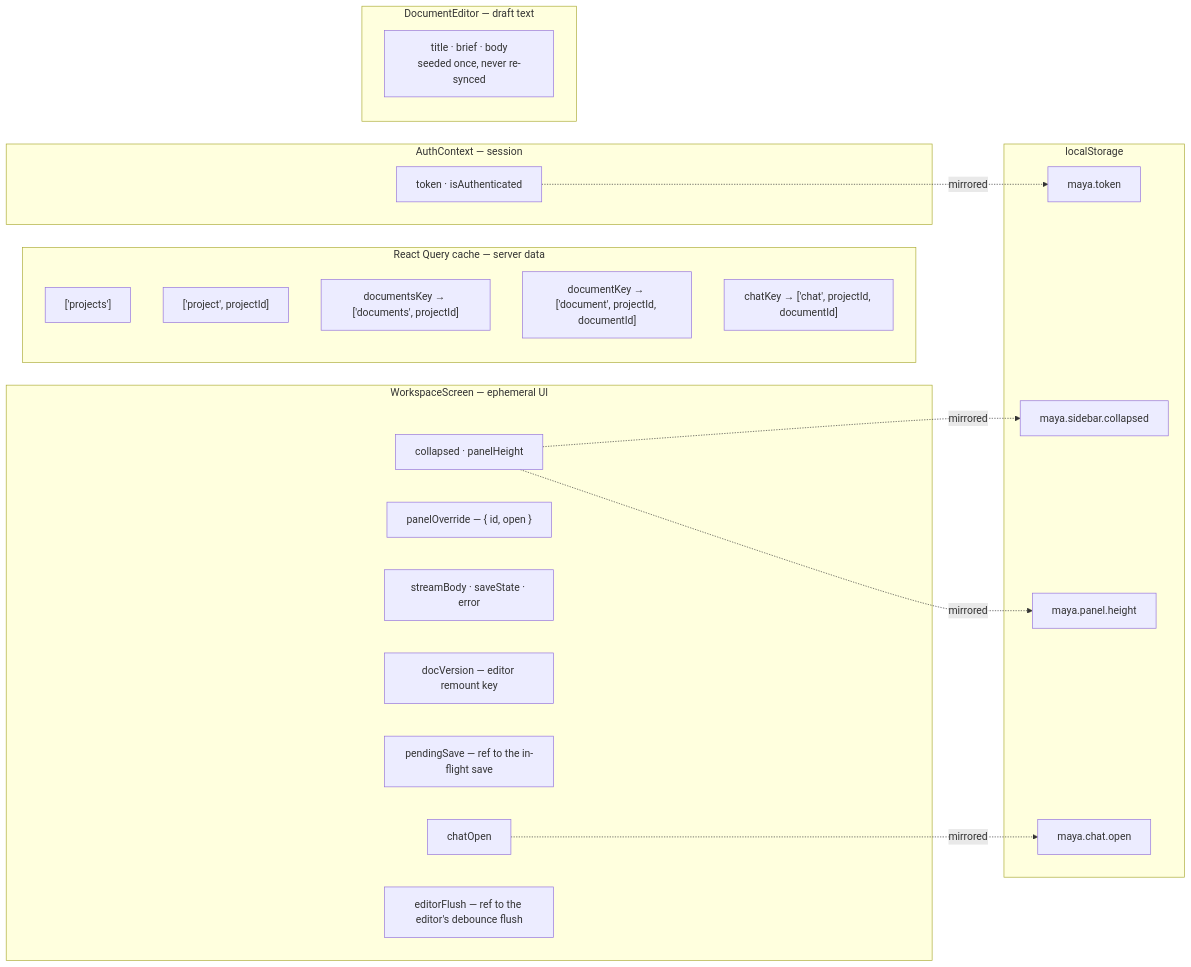
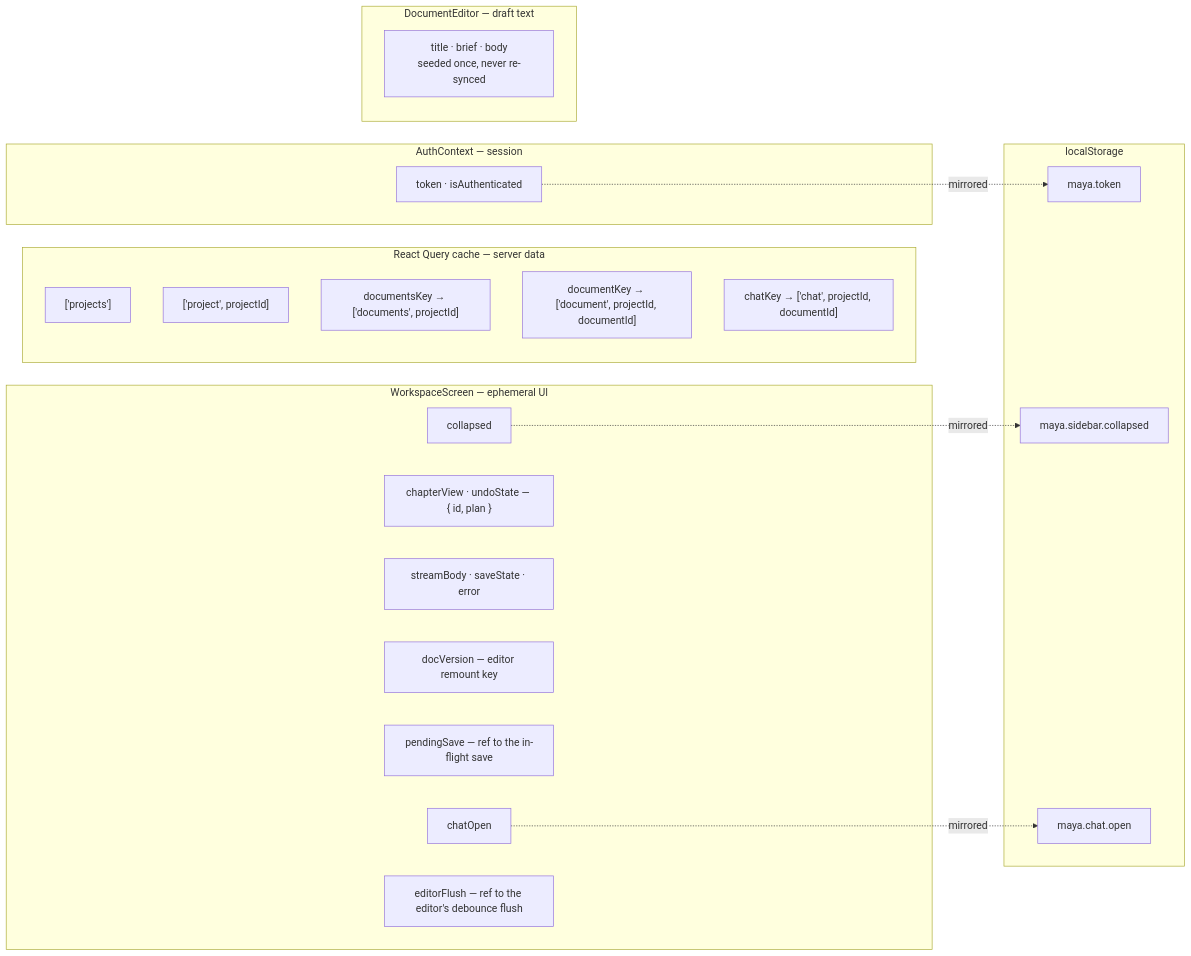
The third of 3 diagrams in docs/diagrams/04-frontend-architecture.md (Akazz-L/maya), drawn with Mermaid before and after one commit. The commit also changed other lines of this file and 13 other files, not shown here.

First line of the commit message:
feat: replace the plan panel with Write / Plan / Issues chapter views

````diff
--- a/docs/diagrams/04-frontend-architecture.md
+++ b/docs/diagrams/04-frontend-architecture.md
@@ -116,40 +118,38 @@
 ```mermaid
 graph LR
     subgraph rq["React Query cache — server data"]
         K1["['projects']"]
         K2["['project', projectId]"]
         K3["documentsKey → ['documents', projectId]"]
         K4["documentKey → ['document', projectId, documentId]"]
         K5["chatKey → ['chat', projectId, documentId]"]
     end
 
     subgraph ctx["AuthContext — session"]
         T["token · isAuthenticated"]
     end
 
     subgraph local["WorkspaceScreen — ephemeral UI"]
-        L1["collapsed · panelHeight"]
-        L2["panelOverride — { id, open }"]
+        L1["collapsed"]
+        L2["chapterView · undoState — { id, plan }"]
         L3["streamBody · saveState · error"]
         L4["docVersion — editor remount key"]
         L5["pendingSave — ref to the in-flight save"]
         L6["chatOpen"]
         L7["editorFlush — ref to the editor's debounce flush"]
     end
 
     subgraph ed["DocumentEditor — draft text"]
         E1["title · brief · body<br/>seeded once, never re-synced"]
     end
 
     subgraph ls["localStorage"]
         S1["maya.token"]
         S2["maya.sidebar.collapsed"]
-        S3["maya.panel.height"]
         S4["maya.chat.open"]
     end
 
     T -.->|mirrored| S1
     L1 -.->|mirrored| S2
-    L1 -.->|mirrored| S3
     L6 -.->|mirrored| S4
 ```
````
